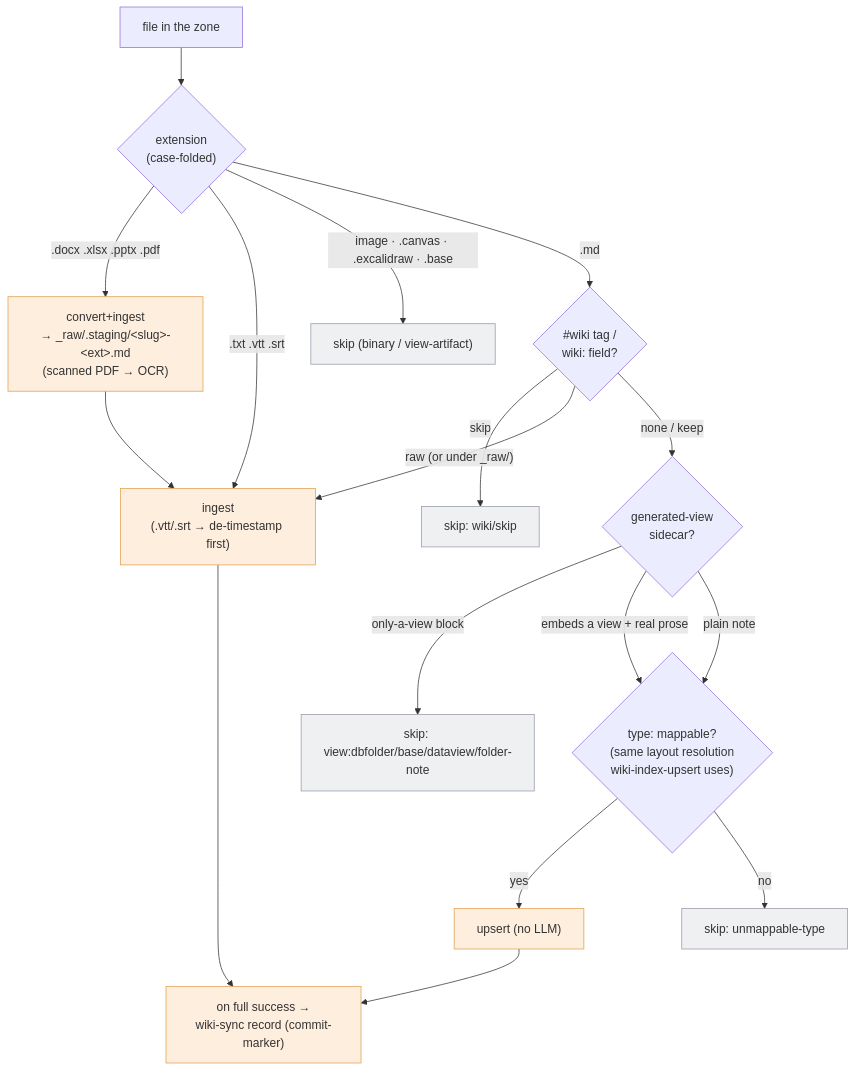
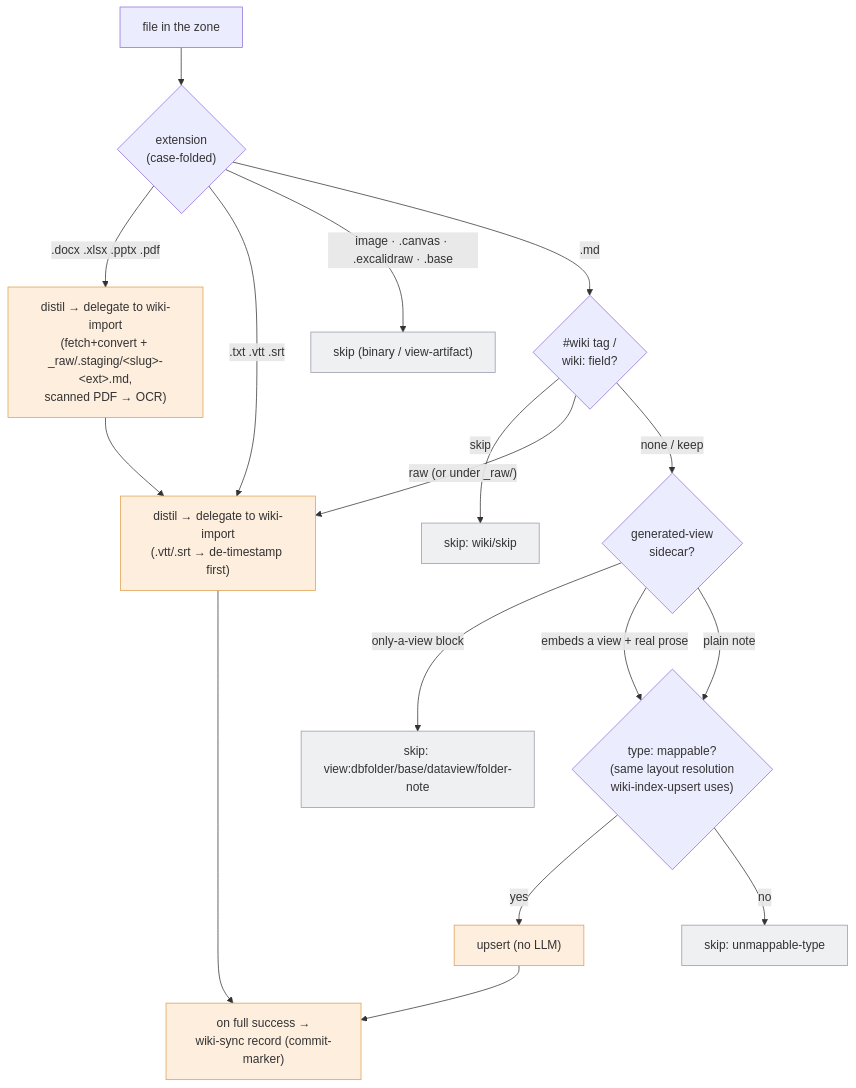
One commit to MatrixFounder/llm-wiki changed the fifth of 8 diagrams in docs/manuals/obsidian-llm-wiki_manual.md. Above: the diagram before and after it, drawn with Mermaid. The commit also changed other lines of this file and 17 other files, not shown here.

First line of the commit message:
docs: de-vendor manuals/ROADMAP, archive pre-impl planning specs, refresh data-model infographic

````diff
--- a/docs/manuals/obsidian-llm-wiki_manual.md
+++ b/docs/manuals/obsidian-llm-wiki_manual.md
@@ -958,23 +961,23 @@
 ```mermaid
 flowchart TD
     F["file in the zone"] --> EXT{"extension<br/>(case-folded)"}
-    EXT -->|".docx .xlsx .pptx .pdf"| CONV["convert+ingest<br/>→ _raw/.staging/&lt;slug&gt;-&lt;ext&gt;.md<br/>(scanned PDF → OCR)"]
-    EXT -->|".txt .vtt .srt"| ING["ingest<br/>(.vtt/.srt → de-timestamp first)"]
+    EXT -->|".docx .xlsx .pptx .pdf"| CONV["distil → delegate to wiki-import<br/>(fetch+convert + _raw/.staging/&lt;slug&gt;-&lt;ext&gt;.md,<br/>scanned PDF → OCR)"]
+    EXT -->|".txt .vtt .srt"| ING["distil → delegate to wiki-import<br/>(.vtt/.srt → de-timestamp first)"]
     EXT -->|"image · .canvas · .excalidraw · .base"| SKb["skip (binary / view-artifact)"]
     EXT -->|".md"| TAG{"#wiki tag /<br/>wiki: field?"}
     TAG -->|"skip"| SKt["skip: wiki/skip"]
     TAG -->|"raw  (or under _raw/)"| ING
     TAG -->|"none / keep"| VIEW{"generated-view<br/>sidecar?"}
     VIEW -->|"only-a-view block"| SKv["skip: view:dbfolder/base/dataview/folder-note"]
     VIEW -->|"embeds a view + real prose"| TYPE
     VIEW -->|"plain note"| TYPE{"type: mappable?<br/>(same layout resolution<br/>wiki-index-upsert uses)"}
     TYPE -->|"yes"| UP["upsert (no LLM)"]
     TYPE -->|"no"| SKu["skip: unmappable-type"]
     CONV --> ING
     ING --> REC["on full success →<br/>wiki-sync record (commit-marker)"]
     UP --> REC
     classDef act fill:#fdeede,stroke:#e0a050;
     classDef sk fill:#eef0f2,stroke:#99a;
     class CONV,ING,UP,REC act;
     class SKb,SKt,SKv,SKu sk;
 ```
````
